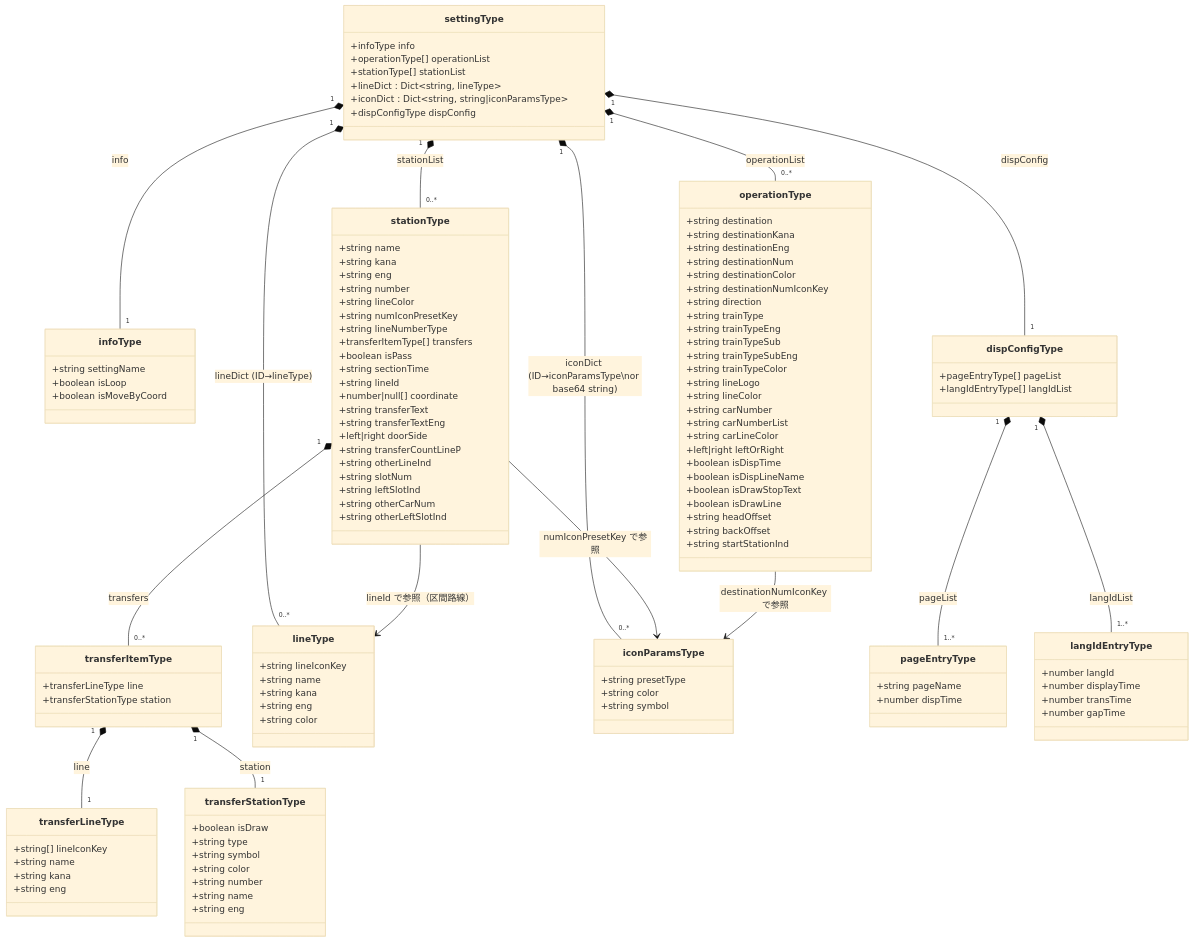
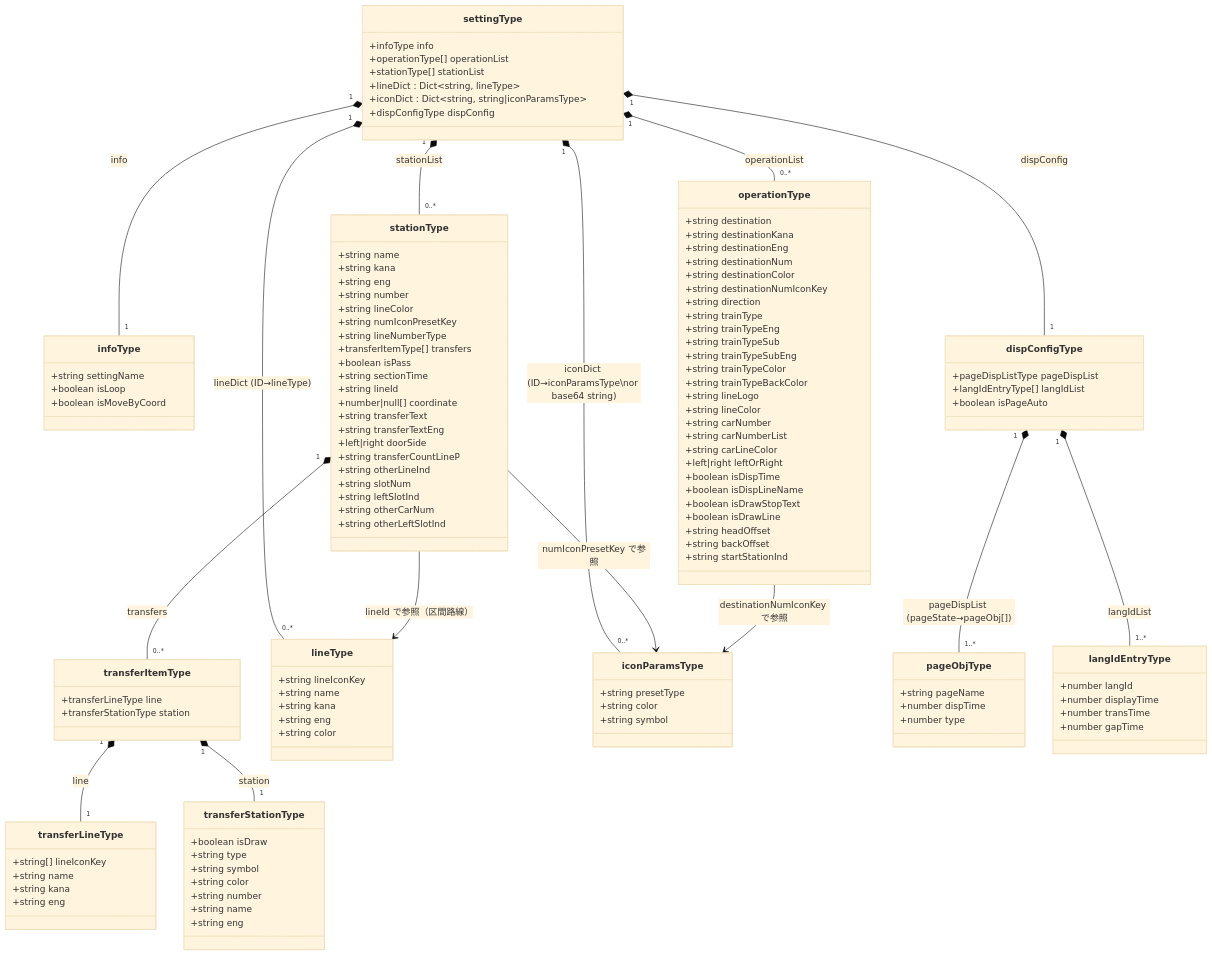
One commit to gosenzoo/trainLCD_deploy changed the first of 4 diagrams in spec.md. Above: the diagram before and after it, drawn with Mermaid (base theme). The commit also changed other lines of this file and 15 other files, not shown here.

````diff
--- a/spec.md
+++ b/spec.md
@@ -71,6 +71,7 @@
         +string trainTypeSub
         +string trainTypeSubEng
         +string trainTypeColor
+        +string trainTypeBackColor
         +string lineLogo
         +string lineColor
         +string carNumber
@@ -147,13 +148,15 @@
     }
 
     class dispConfigType {
-        +pageEntryType[] pageList
+        +pageDispListType pageDispList
         +langIdEntryType[] langIdList
+        +boolean isPageAuto
     }
 
-    class pageEntryType {
+    class pageObjType {
         +string pageName
         +number dispTime
+        +number type
     }
 
     class langIdEntryType {
@@ -176,6 +179,6 @@
     stationType --> lineType : lineId で参照（区間路線）
     stationType --> iconParamsType : numIconPresetKey で参照
     operationType --> iconParamsType : destinationNumIconKey で参照
-    dispConfigType "1" *-- "1..*" pageEntryType : pageList
+    dispConfigType "1" *-- "1..*" pageObjType : pageDispList (pageState→pageObj[])
     dispConfigType "1" *-- "1..*" langIdEntryType : langIdList
 ```
````
